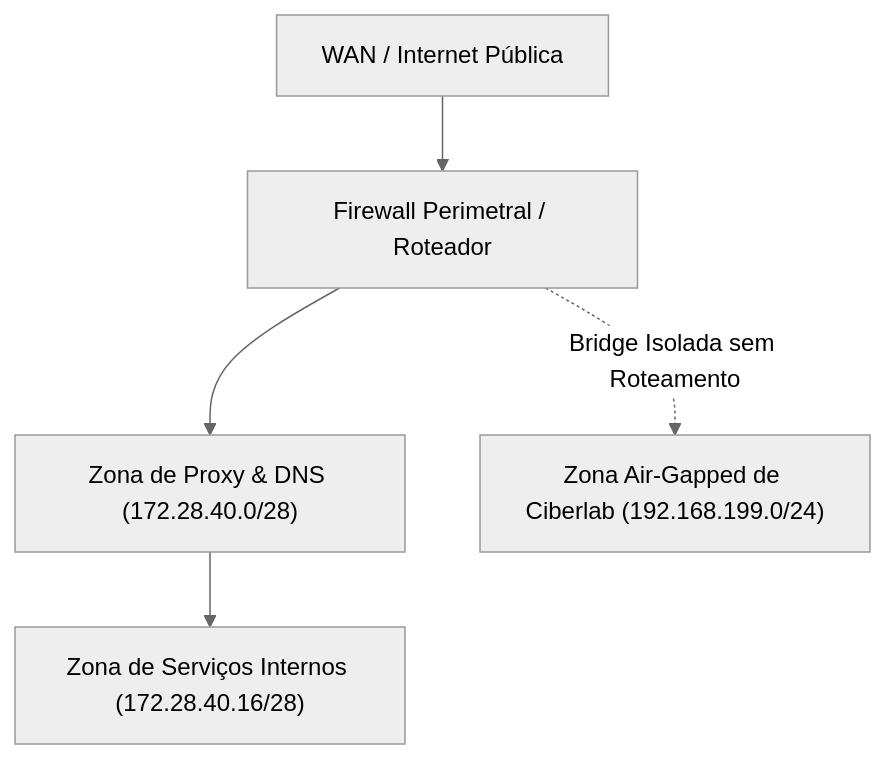
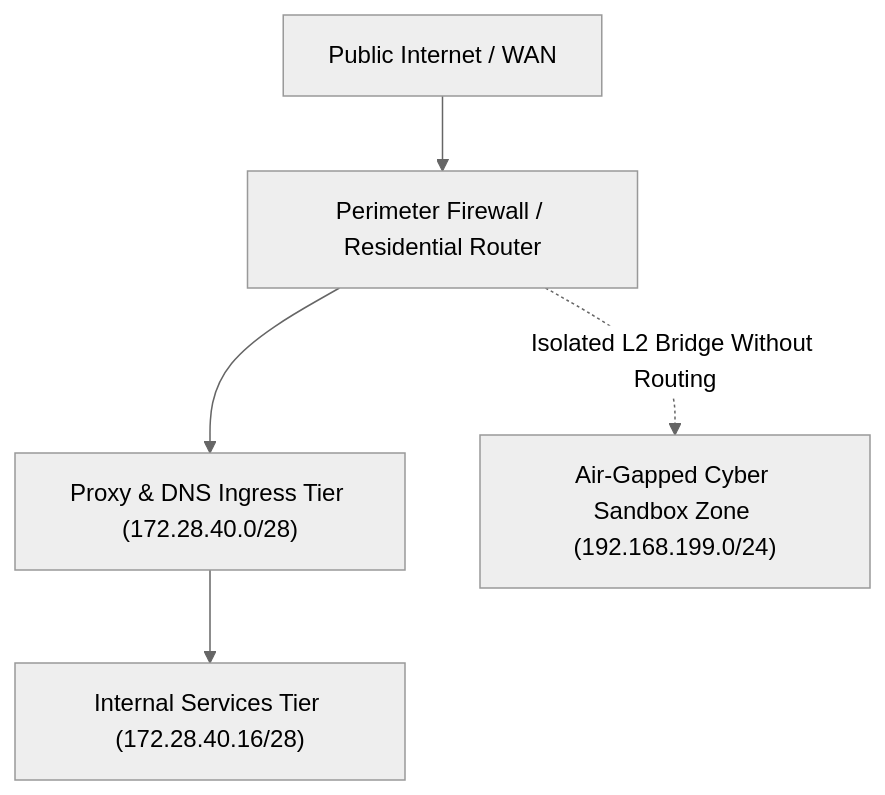
One commit to Lessa-github/homelab-zero-trust-infra changed the diagram in planning-2025-2026/2025-06-packet-tracer-network-model.md. Above: the diagram before and after it, drawn with Mermaid (neutral theme). The commit also changed other lines of this file and 16 other files, not shown here.

````diff
--- a/planning-2025-2026/2025-06-packet-tracer-network-model.md
+++ b/planning-2025-2026/2025-06-packet-tracer-network-model.md
@@ -10,7 +10,7 @@
 ```mermaid
 flowchart TD
-    WAN["WAN / Internet Pública"] --> FW["Firewall Perimetral / Roteador"]
-    FW --> DMZ["Zona de Proxy & DNS (172.28.40.0/28)"]
-    DMZ --> SERVICES["Zona de Serviços Internos (172.28.40.16/28)"]
-    FW -.->|Bridge Isolada sem Roteamento| AIRGAP["Zona Air-Gapped de Ciberlab (192.168.199.0/24)"]
+    WAN["Public Internet / WAN"] --> FW["Perimeter Firewall / Residential Router"]
+    FW --> DMZ["Proxy & DNS Ingress Tier (172.28.40.0/28)"]
+    DMZ --> SERVICES["Internal Services Tier (172.28.40.16/28)"]
+    FW -.->|Isolated L2 Bridge Without Routing| AIRGAP["Air-Gapped Cyber Sandbox Zone (192.168.199.0/24)"]
 ```
````
